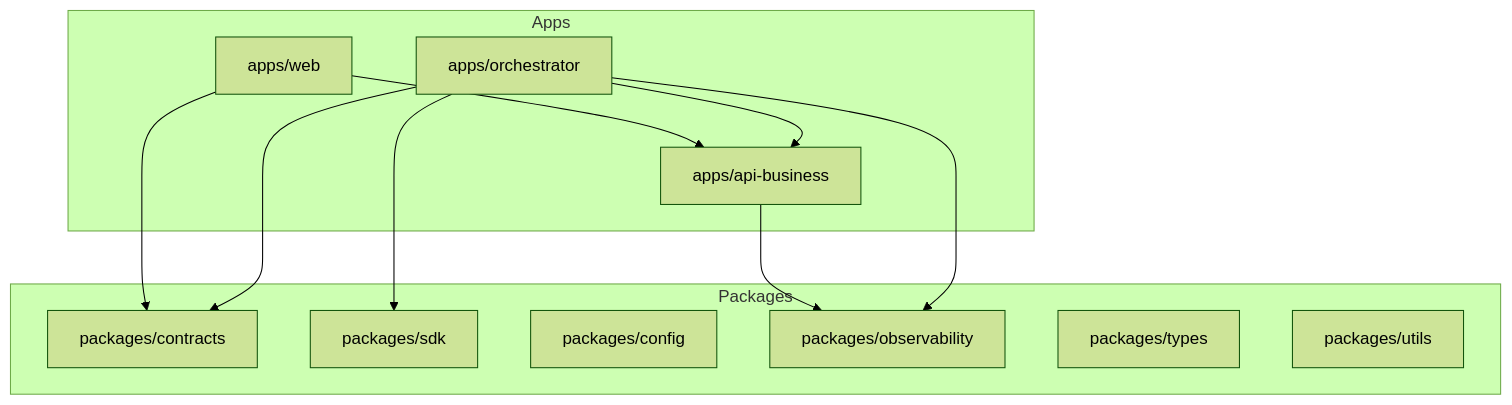
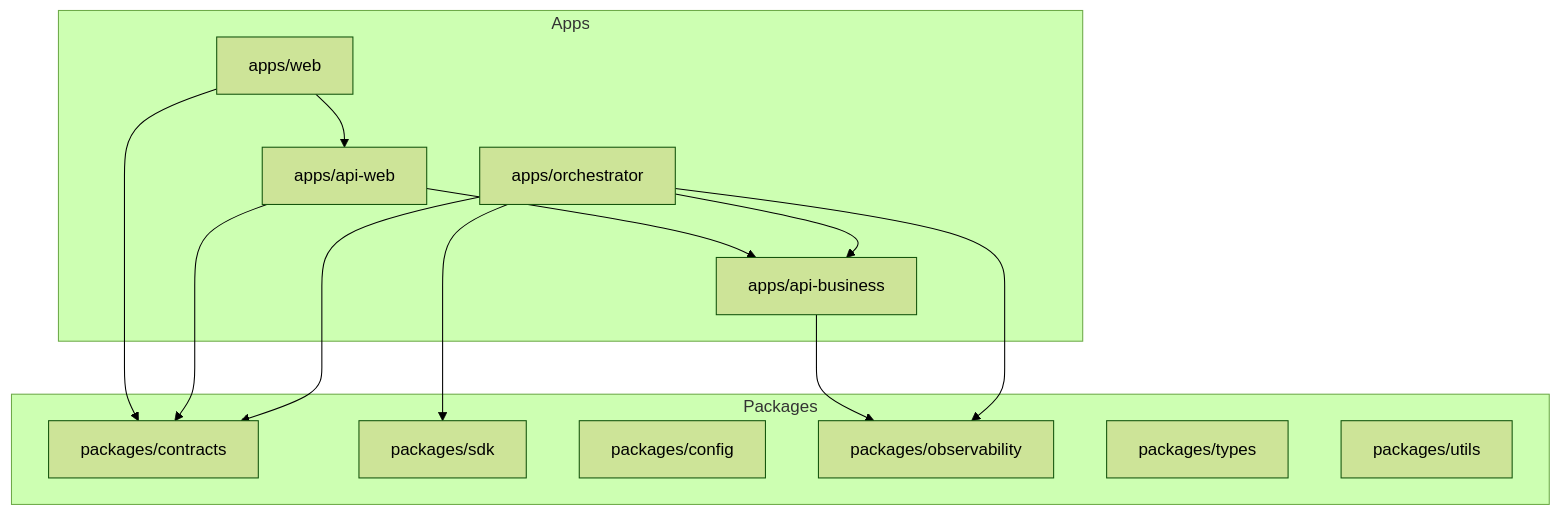
One commit to CiceroDeveloper01/rag-platform changed the diagram in docs/wiki/System-Architecture.md. Above: the diagram before and after it, drawn with Mermaid (forest theme). The commit also changed other lines of this file and 111 other files, not shown here.

Commit message:
refactor: harden async ingestion, deployment readiness, and architecture docs

````diff
--- a/docs/wiki/System-Architecture.md
+++ b/docs/wiki/System-Architecture.md
@@ -22,25 +24,28 @@
 ```mermaid
 flowchart TD
     subgraph Apps
+        WEB[apps/web]
+        APIWEB[apps/api-web]
         API[apps/api-business]
-        WEB[apps/web]
         ORCH[apps/orchestrator]
     end
 
     subgraph Packages
         CONTRACTS[packages/contracts]
         SDK[packages/sdk]
         CONFIG[packages/config]
         OBS[packages/observability]
         TYPES[packages/types]
         UTILS[packages/utils]
     end
 
-    WEB --> API
+    WEB --> APIWEB
+    APIWEB --> API
     ORCH --> API
     WEB --> CONTRACTS
+    APIWEB --> CONTRACTS
     ORCH --> CONTRACTS
     ORCH --> SDK
     API --> OBS
     ORCH --> OBS
 ```
````
